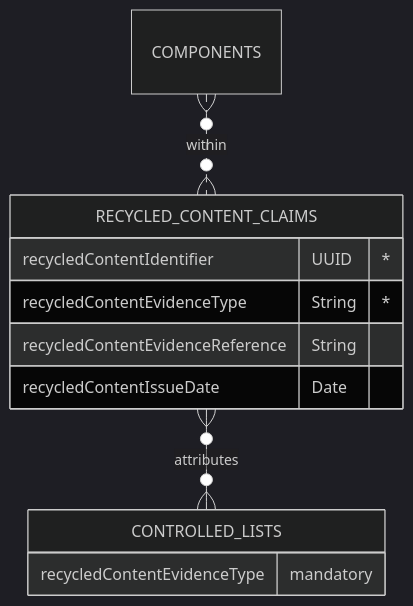
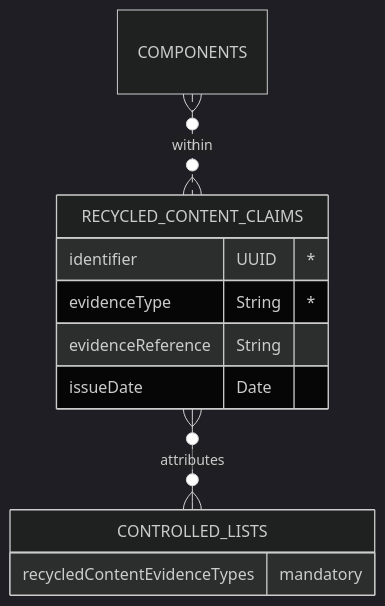
One commit to OpenDataManchester/OSTFD changed the diagram in docs/relationship-lists/recycled-content-claims.md. Above: the diagram before and after it, drawn with Mermaid (dark theme). The commit also changed other lines of this file and 46 other files, not shown here.

````diff
--- a/docs/relationship-lists/recycled-content-claims.md
+++ b/docs/relationship-lists/recycled-content-claims.md
@@ -20,15 +20,15 @@
 ``` mermaid
 erDiagram
 
   COMPONENTS }o..o{ RECYCLED_CONTENT_CLAIMS : within
   RECYCLED_CONTENT_CLAIMS {
-    recycledContentIdentifier UUID "*"
-    recycledContentEvidenceType String "*"
-    recycledContentEvidenceReference String
-    recycledContentIssueDate Date
+    identifier UUID "*"
+    evidenceType String "*"
+    evidenceReference String
+    issueDate Date
   }
   RECYCLED_CONTENT_CLAIMS }o--o{ CONTROLLED_LISTS : attributes
   CONTROLLED_LISTS {
-    recycledContentEvidenceType mandatory
+    recycledContentEvidenceTypes mandatory
   }
 ```
````
